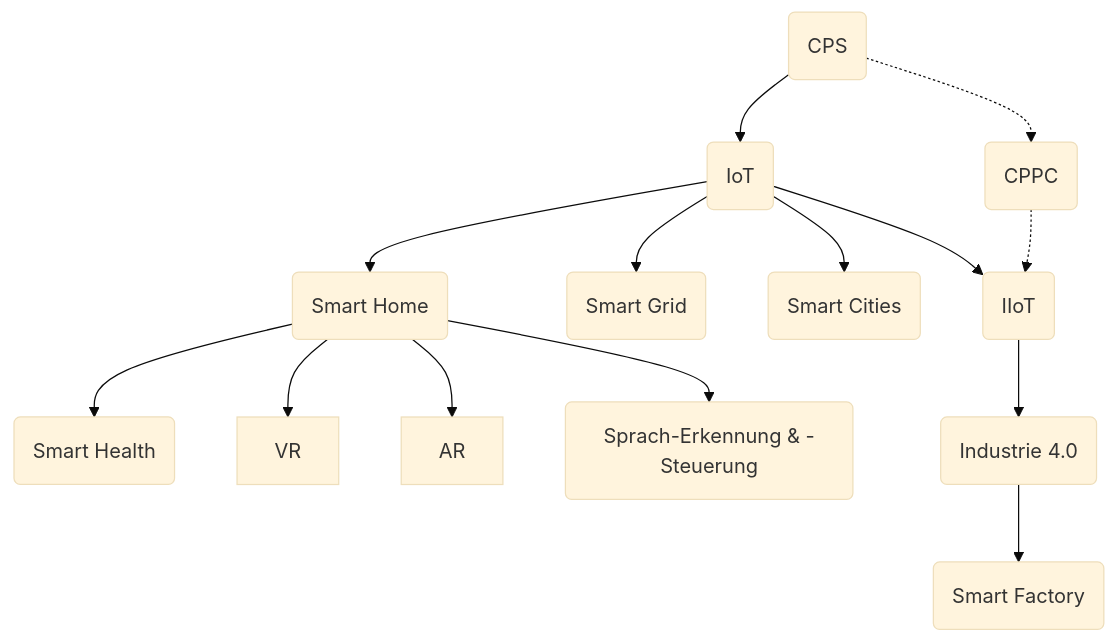
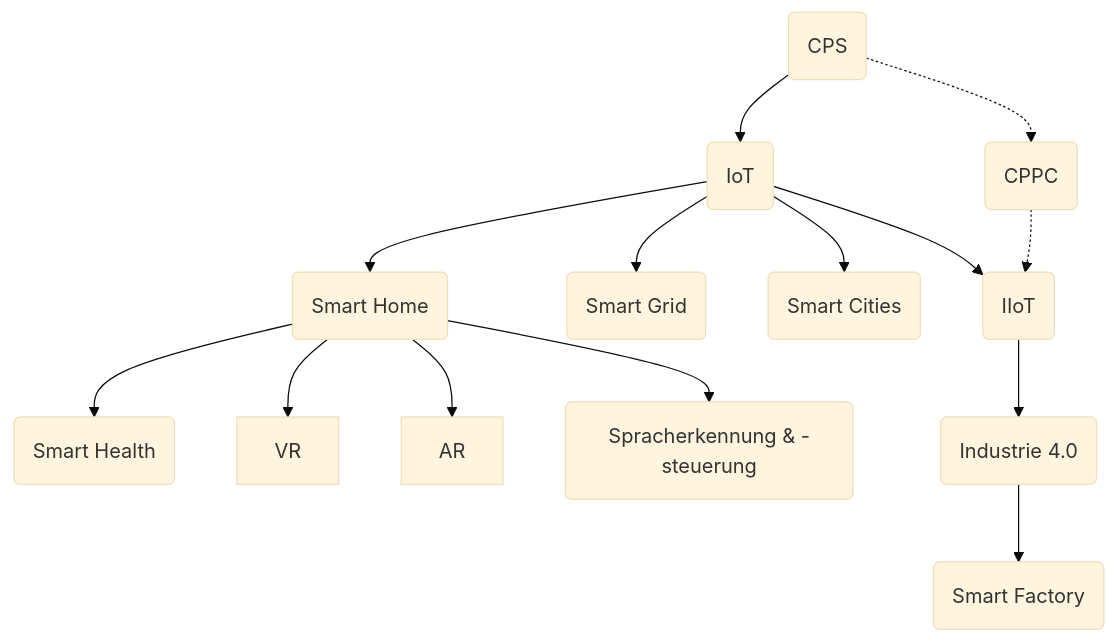
Before and after one commit to jonasnemeth/LF7: the diagram in src/buzzwords.md, drawn with Mermaid (base theme). The commit also changed 1 other file, not shown here.

Commit message:
rechtschreibfehler korrigiert

````diff
--- a/src/buzzwords.md
+++ b/src/buzzwords.md
@@ -5,16 +5,16 @@
 ```mermaid
 flowchart TB
   cps(CPS)
   cps --> iot(IoT)
   iot --> smarthome(Smart Home)
   smarthome --> smarthealth(Smart Health)
   smarthome --> VR
   smarthome --> AR
-  smarthome --> sprache(Sprach-Erkennung & -Steuerung)
+  smarthome --> sprache(Spracherkennung & -steuerung)
   iot --> smartgrid(Smart Grid)
   iot --> smartcities(Smart Cities)
   iot --> iiot(IIoT)
   cps -.-> cppc(CPPC) -.-> iiot
   iiot --> industrie40(Industrie 4.0)
   industrie40 --> smartfactory(Smart Factory)
 ```
````
